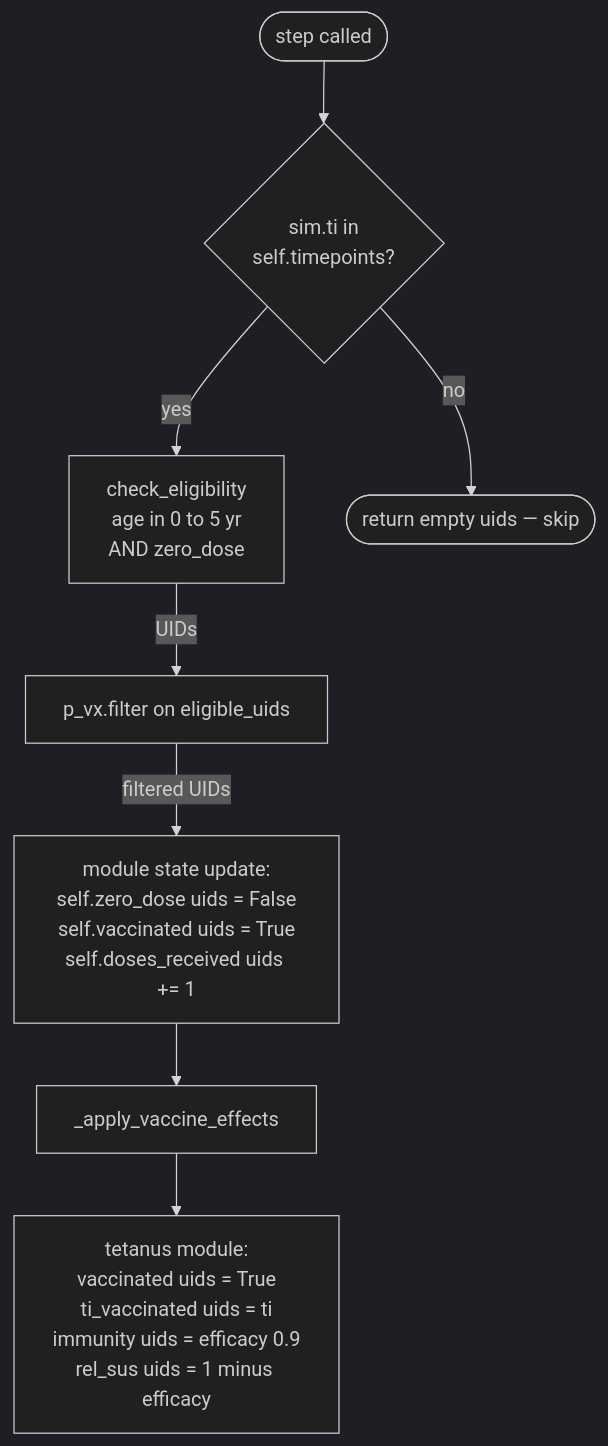
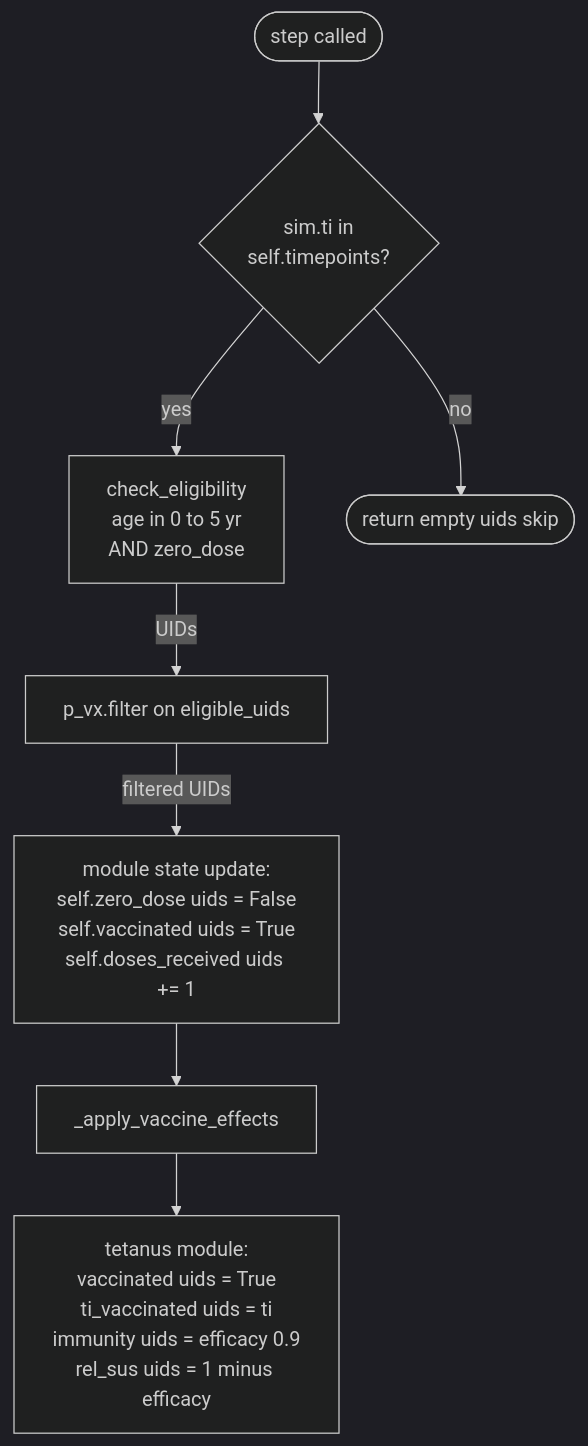
One commit to starsimhub/zdsim changed the tenth of 12 diagrams in docs/ARCHITECTURE.md. Above: the diagram before and after it, drawn with Mermaid (dark theme). The commit also changed other lines of this file and 16 other files, not shown here.

````diff
--- a/docs/ARCHITECTURE.md
+++ b/docs/ARCHITECTURE.md
@@ -364,19 +367,19 @@
 ```mermaid
 flowchart TD
     START(["step called"])
     T{"sim.ti in<br/>self.timepoints?"}
     EL["check_eligibility<br/>age in 0 to 5 yr<br/>AND zero_dose"]
     DRAW["p_vx.filter on eligible_uids"]
     APPLY["_apply_vaccine_effects"]
     SET["tetanus module:<br/>vaccinated uids = True<br/>ti_vaccinated uids = ti<br/>immunity uids = efficacy 0.9<br/>rel_sus uids = 1 minus efficacy"]
-    NO(["return empty uids — skip"])
+    NO(["return empty uids skip"])
     STATE["module state update:<br/>self.zero_dose uids = False<br/>self.vaccinated uids = True<br/>self.doses_received uids += 1"]
 
     START --> T
     T -->|yes| EL
     T -->|no| NO
     EL -->|UIDs| DRAW
     DRAW -->|filtered UIDs| STATE
     STATE --> APPLY
     APPLY --> SET
 ```
````
